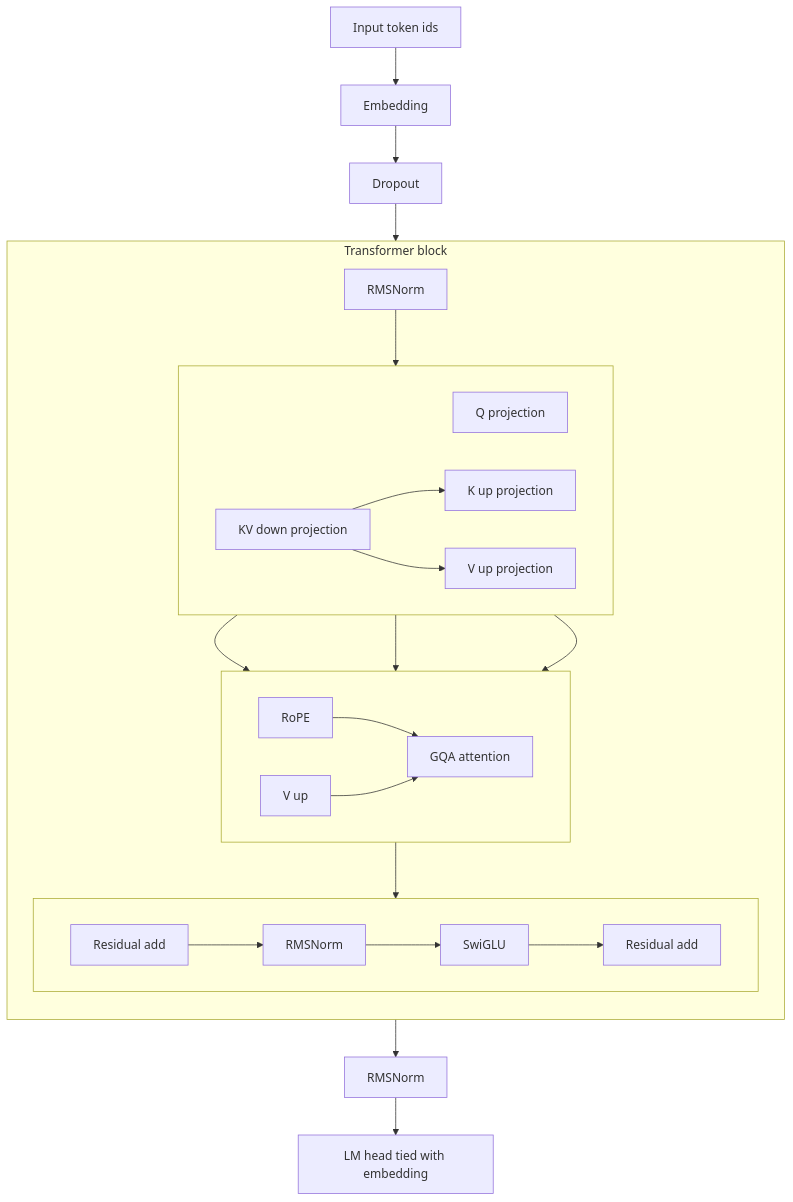
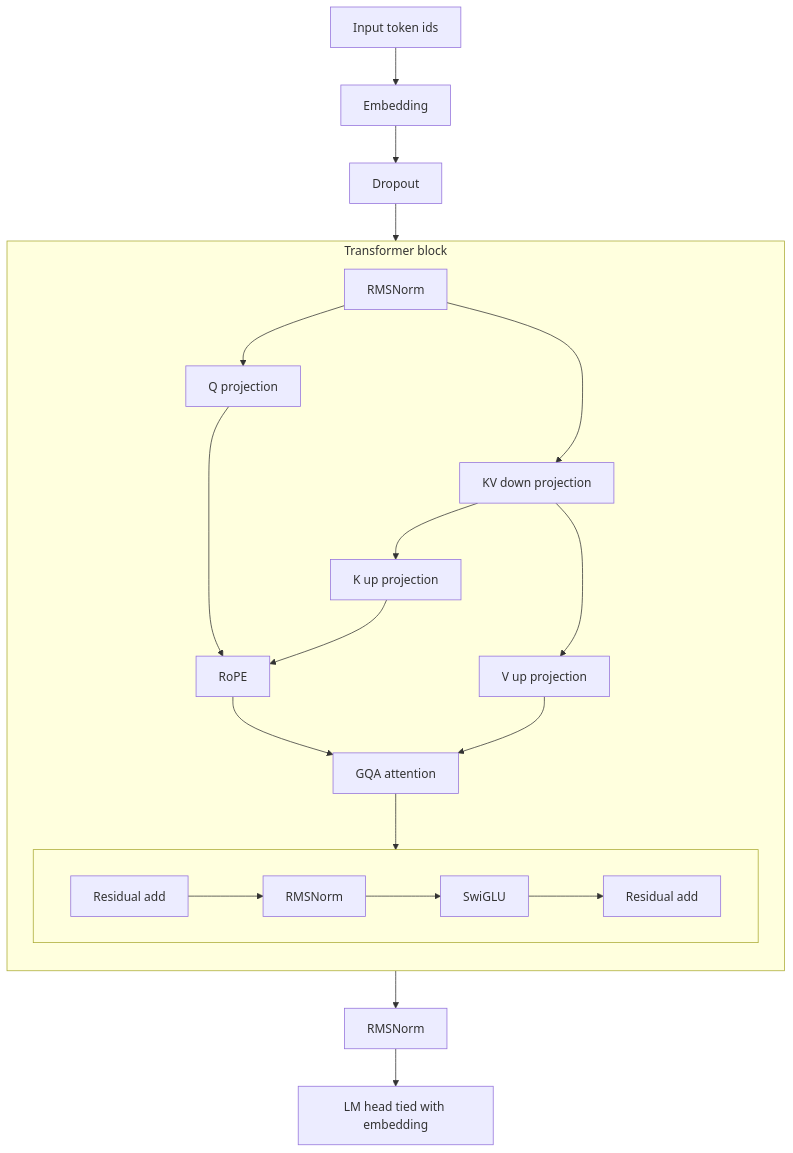
Before and after one commit to pymlex/poetru: the diagram in README.md, drawn with Mermaid.

````diff
--- a/README.md
+++ b/README.md
@@ -40,34 +40,32 @@
 ```mermaid
 flowchart TB
     A[Input token ids] --> B[Embedding] --> C[Dropout] --> D[Transformer block x12] --> E[RMSNorm] --> F[LM head tied with embedding]
 
     subgraph D[Transformer block]
         direction TB
-        
         D1[RMSNorm]
         
-        subgraph Projections [ ]
-            direction LR
-            D2[Q projection]
-            D3[KV down projection] --> D4[K up projection]
-            D3 --> D5[V up projection]
-        end
+        D2[Q projection]
+        D3[KV down projection]
+        D2 ~~~ D3
         
-        subgraph Attention [ ]
-            direction LR
-            D6[RoPE] --> D7[GQA attention]
-            D5_att[V up] --> D7
-        end
+        D4[K up projection]
+        D5[V up projection]
+        D4 ~~~ D5
+        
+        D6[RoPE]
+        D7[GQA attention]
+        D6 --> D7
 
         subgraph Layers [ ]
             direction LR
             D8[Residual add] --> D9[RMSNorm] --> D10[SwiGLU] --> D11[Residual add]
         end
 
-        D1 --> Projections
-        D2 --> D6
-        D4 --> D6
-        D5 --> D5_att
-        Attention --> D8
+        D1 --> D2 & D3
+        D3 --> D4 & D5
+        D2 & D4 --> D6
+        D5 --> D7
+        D7 --> D8
     end
 ```
````
